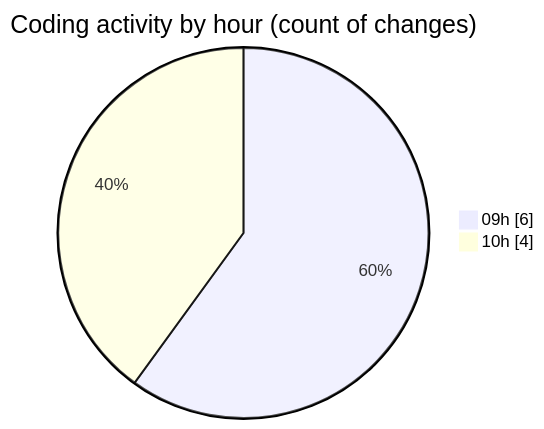
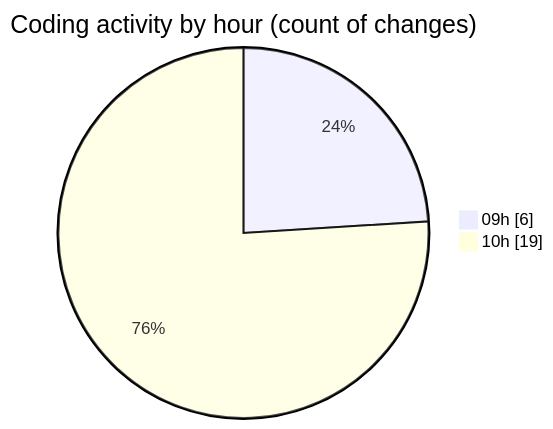
Before and after one commit to momahboobian/code-tracking: the second of 2 diagrams in 2026-02-10/cda/README.md, drawn with Mermaid. The commit also changed other lines of this file and 1 other file, not shown here.

````diff
--- a/2026-02-10/cda/README.md
+++ b/2026-02-10/cda/README.md
@@ -29,6 +29,6 @@
 ```mermaid
 pie showData
 title Coding activity by hour (count of changes)
 "09h" : 6
-"10h" : 4
+"10h" : 19
 ```
````
